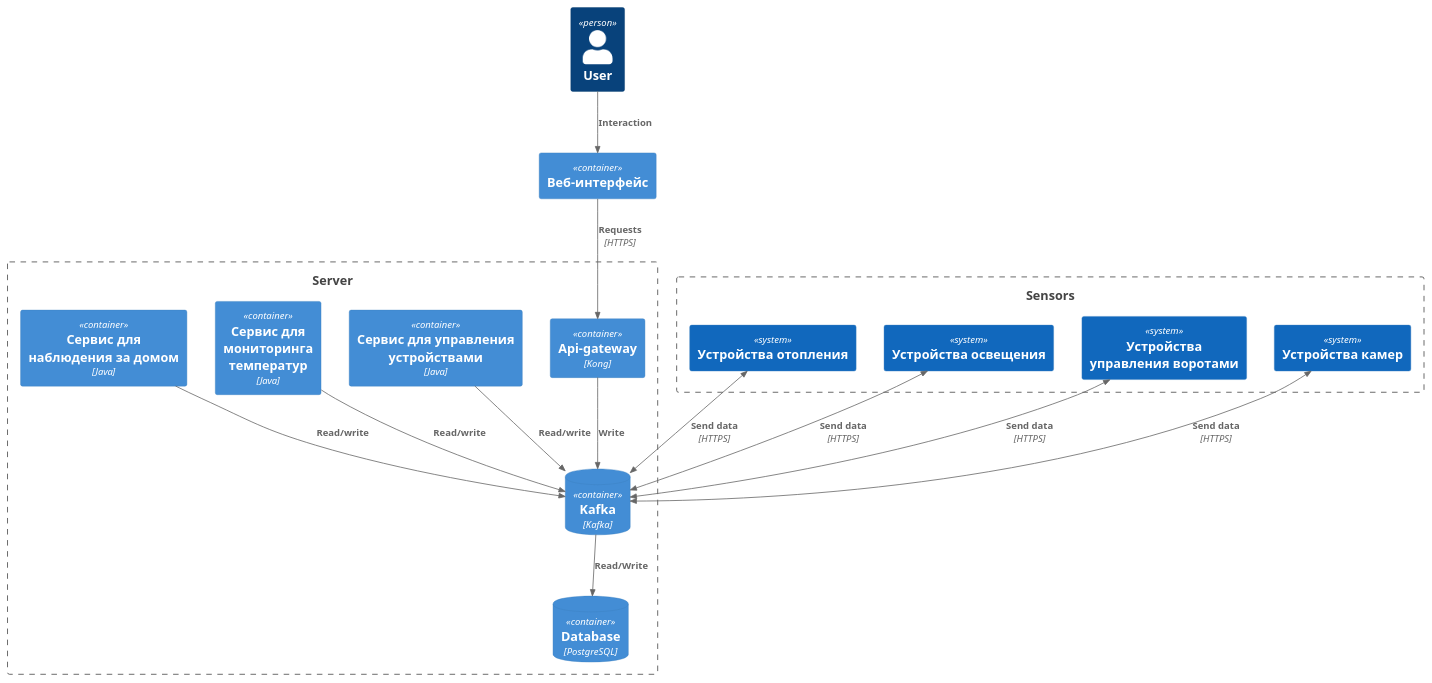
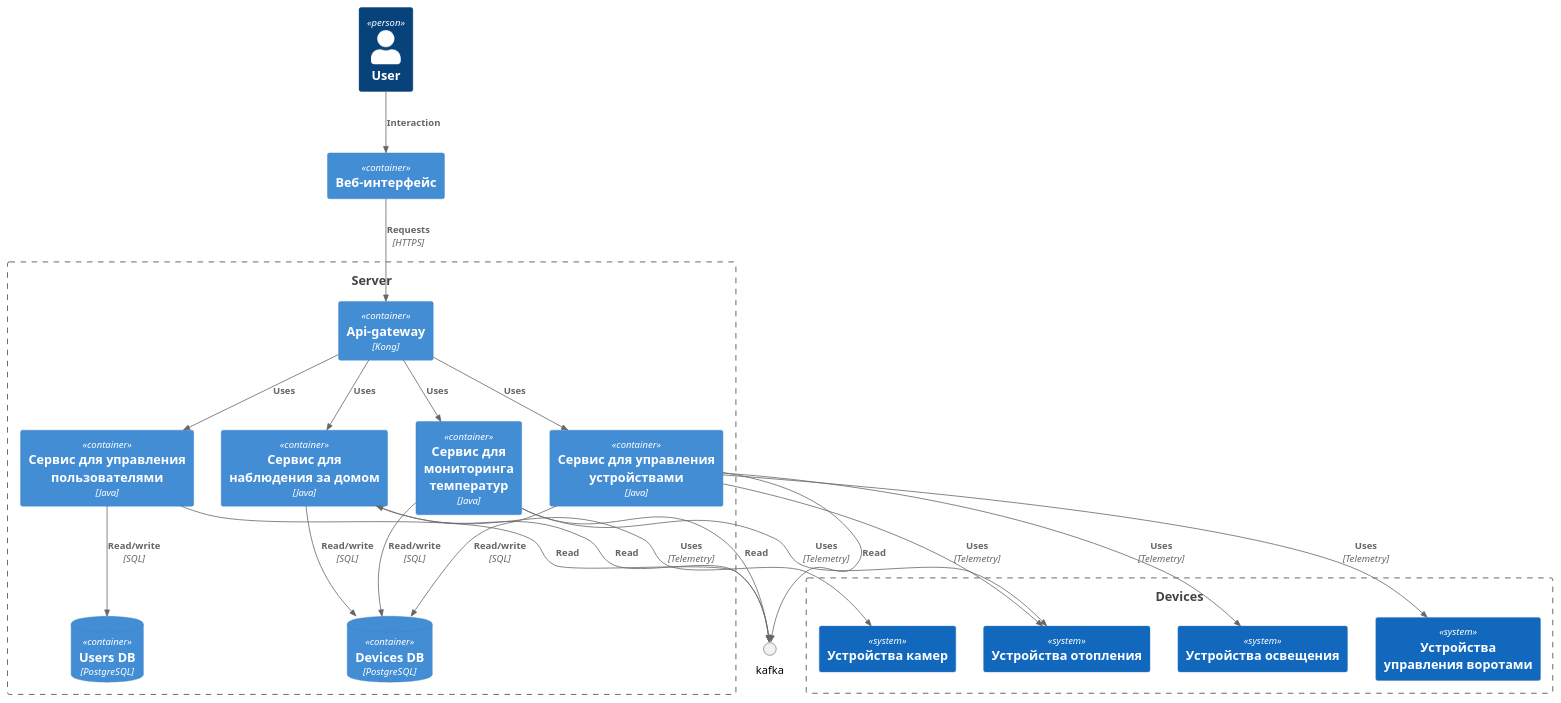
Before and after one commit to frenman-y/architecture-sprint-3: the diagram in plantuml-charts/Containers.puml, drawn with PlantUML. The commit also changed 6 other files, not shown here.

```diff
--- a/plantuml-charts/Containers.puml
+++ b/plantuml-charts/Containers.puml
@@ -1,37 +1,51 @@
 @startuml
 !include https://raw.githubusercontent.com/plantuml-stdlib/C4-PlantUML/master/C4_Component.puml
 
 Person(user, "User")
 
 Container(frontend, "Веб-интерфейс")
 
 Boundary(server, "Server") {
     Container(apiGateway, "Api-gateway", "Kong")
 
-    Container(controlSensorsService, "Сервис для управления устройствами", "Java")
+    Container(controlDevicesService, "Сервис для управления устройствами", "Java")
     Container(monitorTemperatureService, "Сервис для мониторинга температур", "Java")
     Container(streamingService, "Сервис для наблюдения за домом", "Java")
+    Container(userService, "Сервис для управления пользователями", "Java")
 
-    ContainerDb(db, "Database", "PostgreSQL")
-    ContainerDb(kafka, "Kafka", "Kafka")
+    ContainerDb(usersDb, "Users DB", "PostgreSQL")
+    ContainerDb(devicesDb, "Devices DB", "PostgreSQL")
 }
-Boundary(sensors, "Sensors") {
-    System(sensor1, "Устройства отопления")
-    System(sensor2, "Устройства освещения")
-    System(sensor3, "Устройства управления воротами")
-    System(sensor4, "Устройства камер")
+Boundary(devices, "Devices") {
+    System(device1, "Устройства отопления")
+    System(device2, "Устройства освещения")
+    System(device3, "Устройства управления воротами")
+    System(device4, "Устройства камер")
 }
 
 Rel(user, frontend, "Interaction")
 Rel(frontend, apiGateway, "Requests", "HTTPS")
-Rel(apiGateway, kafka, "Write")
-Rel(controlSensorsService, kafka, "Read/write")
-Rel(monitorTemperatureService, kafka, "Read/write")
-Rel(streamingService, kafka, "Read/write")
-BiRel(sensor1, kafka, "Send data", "HTTPS")
-BiRel(sensor2, kafka, "Send data", "HTTPS")
-BiRel(sensor3, kafka, "Send data", "HTTPS")
-BiRel(sensor4, kafka, "Send data", "HTTPS")
 
-Rel(kafka, db, "Read/Write")
+Rel(apiGateway, controlDevicesService, "Uses")
+Rel(apiGateway, monitorTemperatureService, "Uses")
+Rel(apiGateway, streamingService, "Uses")
+Rel(apiGateway, userService, "Uses")
+
+Rel(controlDevicesService, kafka, "Read")
+Rel(monitorTemperatureService, kafka, "Read")
+
+Rel(streamingService, kafka, "Read")
+Rel(userService, kafka, "Read")
+
+Rel(controlDevicesService, device1, "Uses", "Telemetry")
+Rel(monitorTemperatureService, device1, "Uses", "Telemetry")
+Rel(controlDevicesService, device2, "Uses", "Telemetry")
+Rel(controlDevicesService, device3, "Uses", "Telemetry")
+BiRel(streamingService, device4, "Uses", "Telemetry")
+
+Rel(streamingService, devicesDb, "Read/write", "SQL")
+Rel(userService, usersDb, "Read/write", "SQL")
+Rel(controlDevicesService, devicesDb, "Read/write", "SQL")
+Rel(monitorTemperatureService, devicesDb, "Read/write", "SQL")
+
 @enduml
```
